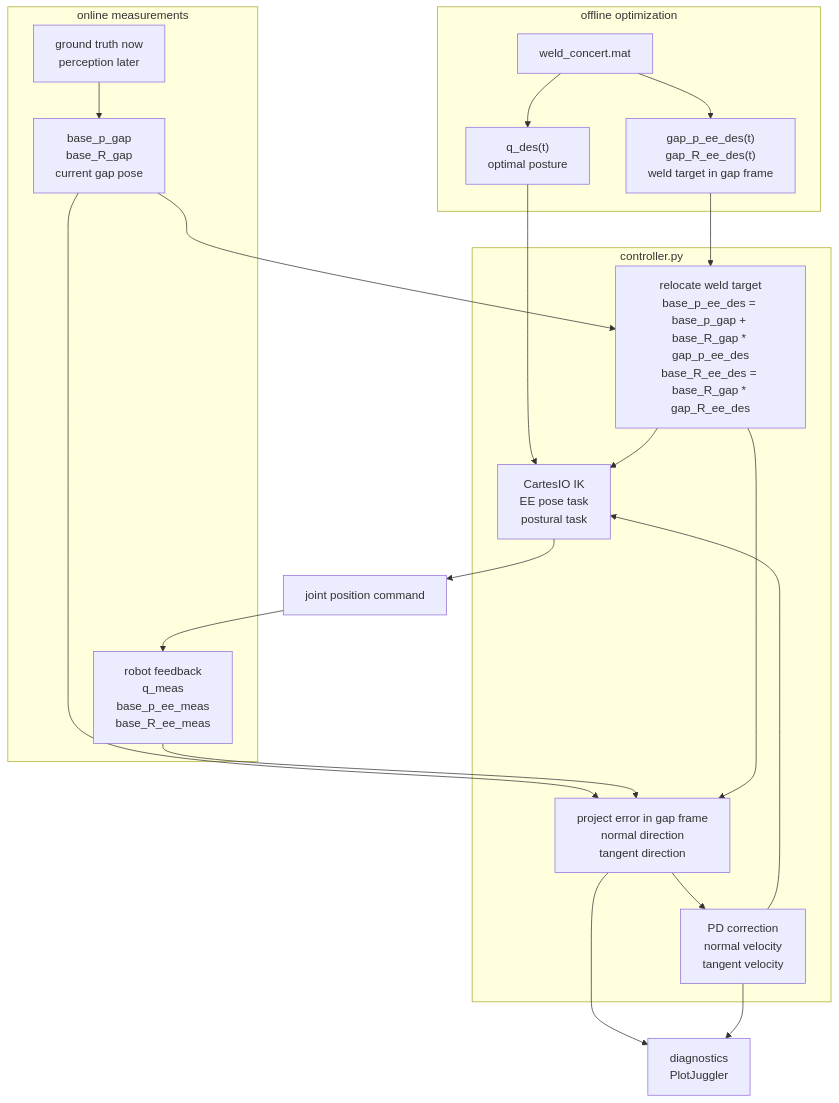
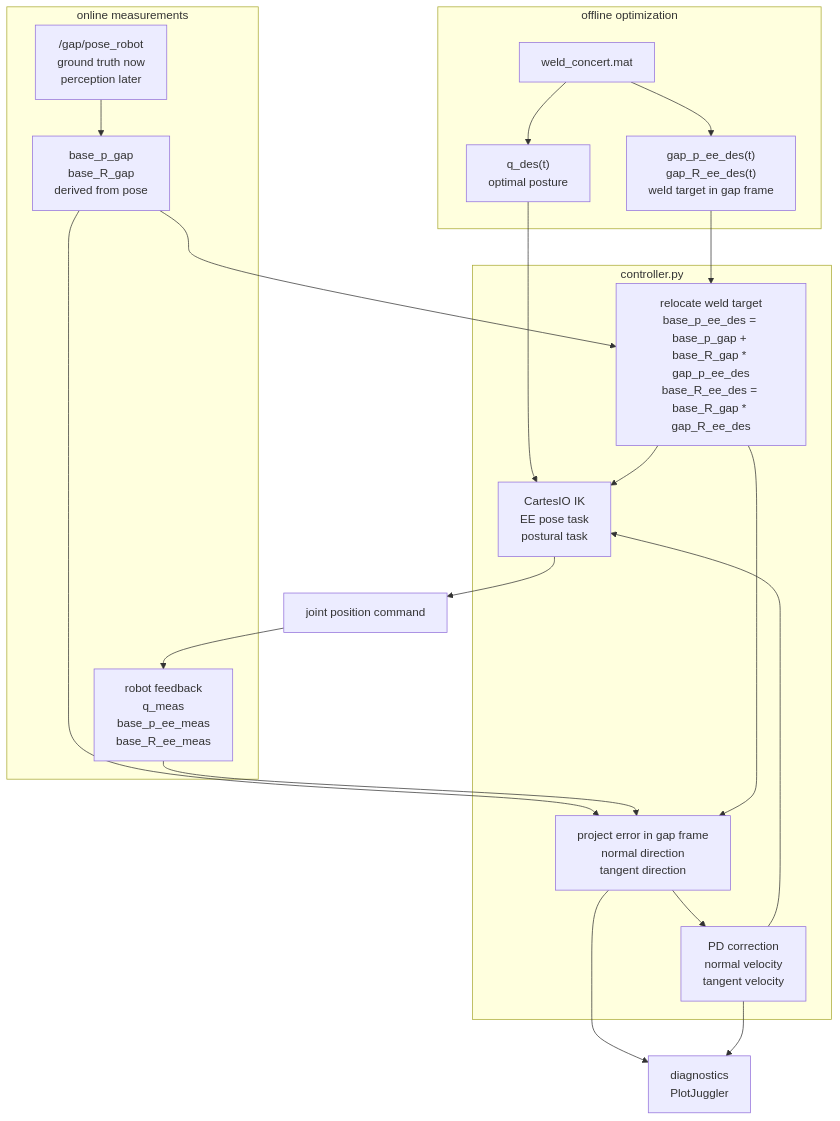
One commit to ADVRHumanoids/acea_concert changed the diagram in README.md. Above: the diagram before and after it, drawn with Mermaid. The commit also changed other lines of this file and 1 other file, not shown here.

````diff
--- a/README.md
+++ b/README.md
@@ -100,41 +143,41 @@
 ```mermaid
 flowchart TD
     subgraph offline["offline optimization"]
         mat["weld_concert.mat"]
         qdes["q_des(t)<br/>optimal posture"]
         weldgap["gap_p_ee_des(t)<br/>gap_R_ee_des(t)<br/>weld target in gap frame"]
         mat --> qdes
         mat --> weldgap
     end
 
     subgraph online["online measurements"]
-        perception["ground truth now<br/>perception later"]
-        gappose["base_p_gap<br/>base_R_gap<br/>current gap pose"]
+        perception["/gap/pose_robot<br/>ground truth now<br/>perception later"]
+        gappose["base_p_gap<br/>base_R_gap<br/>derived from pose"]
         feedback["robot feedback<br/>q_meas<br/>base_p_ee_meas<br/>base_R_ee_meas"]
         perception --> gappose
     end
 
     subgraph controller["controller.py"]
         relocate["relocate weld target<br/>base_p_ee_des = base_p_gap + base_R_gap * gap_p_ee_des<br/>base_R_ee_des = base_R_gap * gap_R_ee_des"]
         project["project error in gap frame<br/>normal direction<br/>tangent direction"]
         pd["PD correction<br/>normal velocity<br/>tangent velocity"]
         ik["CartesIO IK<br/>EE pose task<br/>postural task"]
     end
 
     output["joint position command"]
     diag["diagnostics<br/>PlotJuggler"]
 
     qdes --> ik
     weldgap --> relocate
     gappose --> relocate
     gappose --> project
     feedback --> project
     relocate --> project
     project --> pd
     pd --> ik
     relocate --> ik
     ik --> output
     output --> feedback
     project --> diag
     pd --> diag
 ```
````
